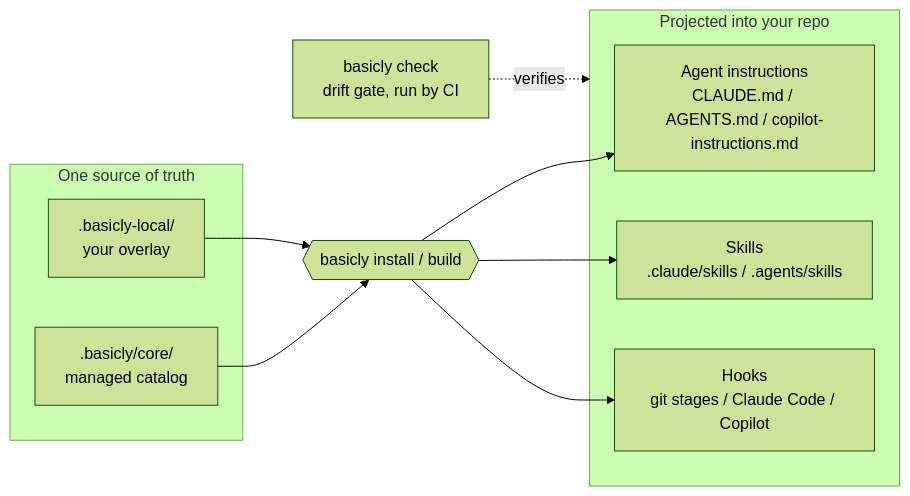
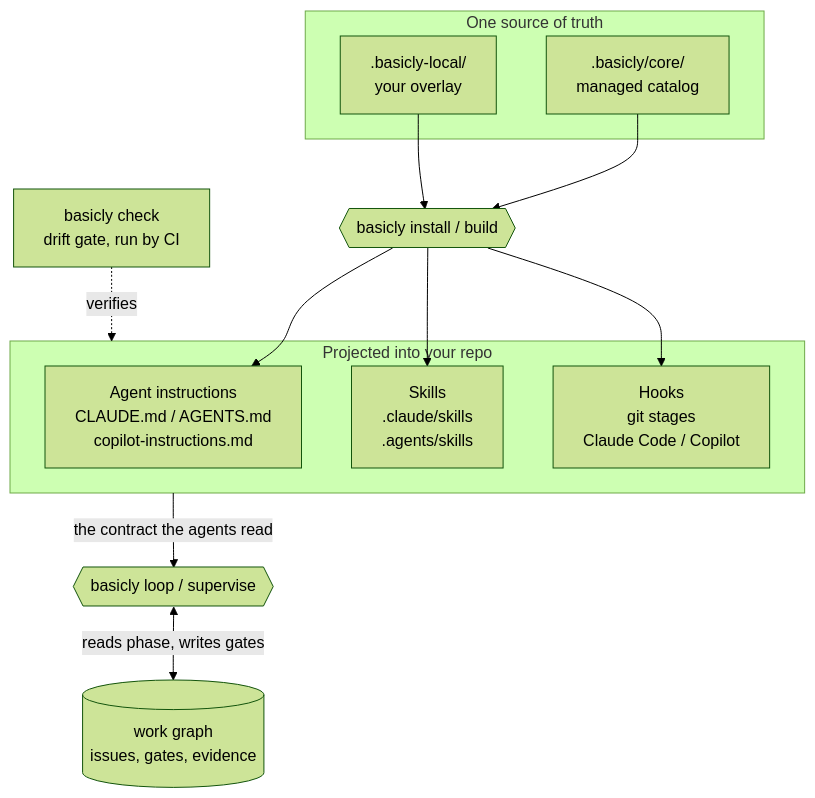
One commit to niksavis/basicly changed the diagram in README.md. Above: the diagram before and after it, drawn with Mermaid (forest theme). The commit also changed other lines of this file and 1 other file, not shown here.

````diff
--- a/README.md
+++ b/README.md
@@ -113,19 +129,23 @@
 ```mermaid
-flowchart LR
+flowchart TB
     subgraph sources["One source of truth"]
         core[".basicly/core/<br>managed catalog"]
         local[".basicly-local/<br>your overlay"]
     end
     cli{{"basicly install / build"}}
     core --> cli
     local --> cli
     subgraph outputs["Projected into your repo"]
-        agents["Agent instructions<br>CLAUDE.md / AGENTS.md / copilot-instructions.md"]
-        skills["Skills<br>.claude/skills / .agents/skills"]
-        hooks["Hooks<br>git stages / Claude Code / Copilot"]
+        agents["Agent instructions<br>CLAUDE.md / AGENTS.md<br>copilot-instructions.md"]
+        skills["Skills<br>.claude/skills<br>.agents/skills"]
+        hooks["Hooks<br>git stages<br>Claude Code / Copilot"]
     end
     cli --> agents
     cli --> skills
     cli --> hooks
     gate["basicly check<br>drift gate, run by CI"] -. verifies .-> outputs
+    loop{{"basicly loop / supervise"}}
+    outputs -- "the contract the agents read" --> loop
+    tracker[("work graph<br>issues, gates, evidence")]
+    loop <-- "reads phase, writes gates" --> tracker
 ```
````
